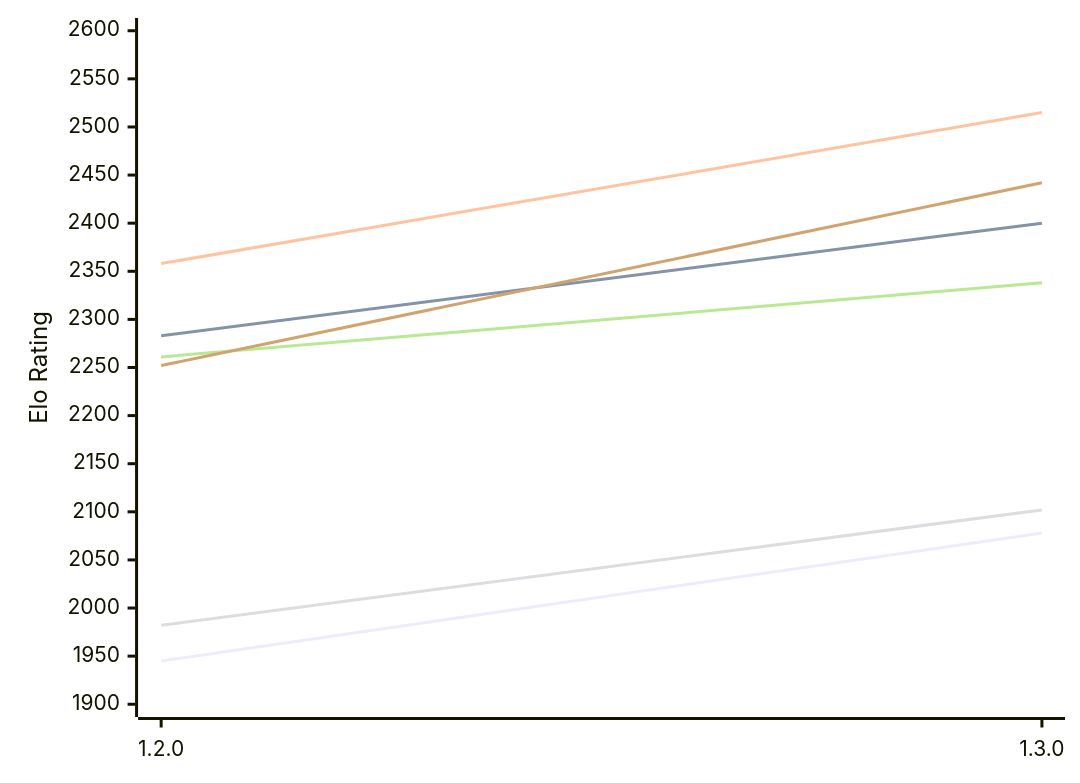
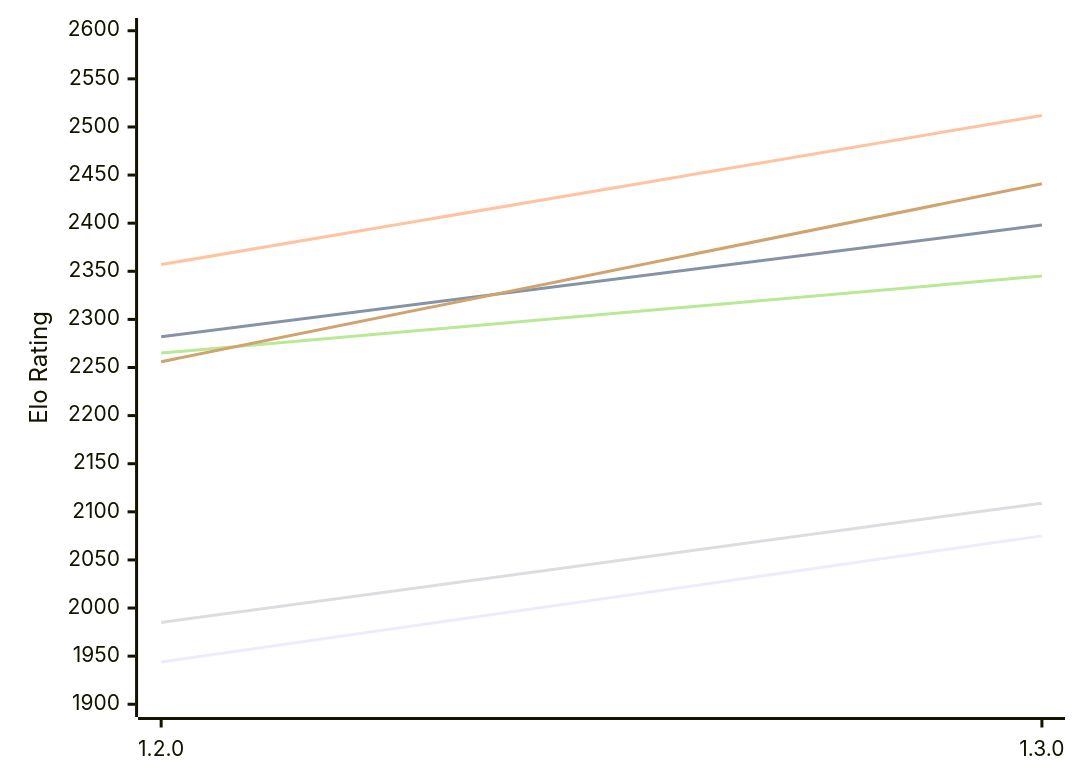
Before and after one commit to computer-chess-index/cci: the first of 2 diagrams in engines/Anodos.md, drawn with Mermaid. The commit also changed other lines of this file, not shown here.

Commit message:
Update CCI Ratings (ELO VLTC) - 2026-11-23

````diff
--- a/engines/Anodos.md
+++ b/engines/Anodos.md
@@ -52,12 +52,12 @@
 ```mermaid
 %%{init: {"theme":"base","themeVariables":{"seriesColors:['#a3a3a3','#222221','#faa371']}}}%%
 xychart-beta
   x-axis ["1.2.0", "1.3.0"]
   y-axis "Elo Rating" 1900 --> 2600
-  line "E1: STC (8.0+0.08s)" [1945, 2078]
-  line "E1: LTC (60.0+0.60s)" [2283, 2400]
-  line "E1: VLTC (2m24s+1.12s)" [2358, 2515]
-  line "P1: STC (8.0+0.08s)" [1982, 2102]
-  line "P1: LTC (60.0+0.60s)" [2261, 2338]
-  line "P1: VLTC (2m24s+1.12s)" [2252, 2442]
+  line "E1: STC (8.0+0.08s)" [1944, 2075]
+  line "E1: LTC (60.0+0.60s)" [2282, 2398]
+  line "E1: VLTC (2m24s+1.12s)" [2357, 2512]
+  line "P1: STC (8.0+0.08s)" [1985, 2109]
+  line "P1: LTC (60.0+0.60s)" [2265, 2345]
+  line "P1: VLTC (2m24s+1.12s)" [2256, 2441]
 ```
````
